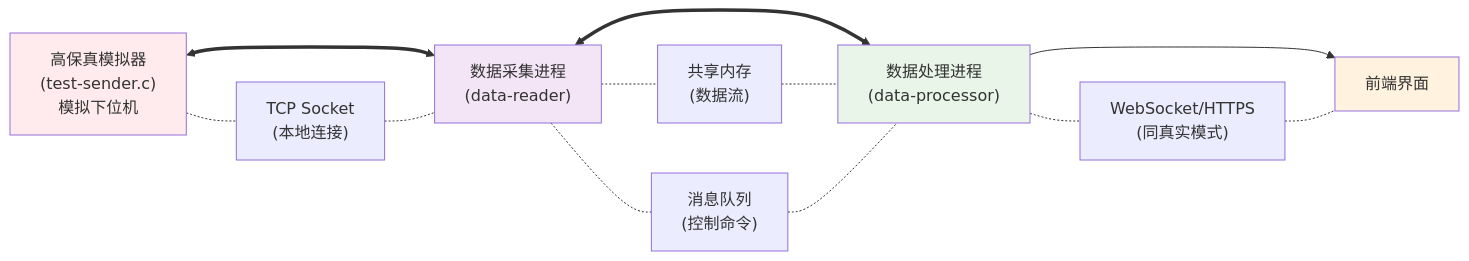
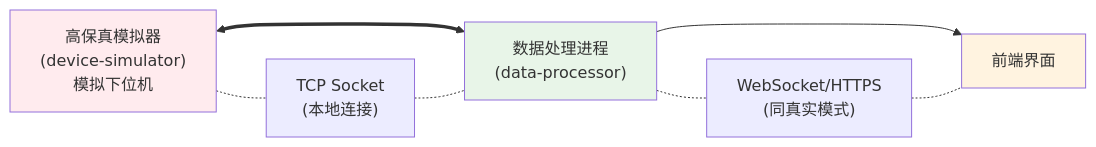
Before and after one commit to distri-data-recorder/data-recorder-backend: the second of 3 diagrams in doc/protocol_doc.md, drawn with Mermaid. The commit also changed other lines of this file and 1 other file, not shown here.

````diff
--- a/doc/protocol_doc.md
+++ b/doc/protocol_doc.md
@@ -42,28 +33,19 @@
 ```mermaid
 graph LR
-    A2["高保真模拟器<br/>(test-sender.c)<br/>模拟下位机"]
-    B2["数据采集进程<br/>(data-reader)"] 
-    C2["数据处理进程<br/>(data-processor)"]
-    D2["前端界面"]
+    A2["高保真模拟器<br/>(device-simulator)<br/>模拟下位机"]
+    B2["数据处理进程<br/>(data-processor)"] 
+    C2["前端界面"]
 
     A2 <==> B2
-    B2 <==> C2  
-    C2 --> D2
+    B2 --> C2
 
-    A2 -.- E2["TCP Socket<br/>(本地连接)"]
-    E2 -.- B2
+    A2 -.- D2["TCP Socket<br/>(本地连接)"]
+    D2 -.- B2
     
-    B2 -.- F2["共享内存<br/>(数据流)"]
-    F2 -.- C2
-    
-    B2 -.- G2["消息队列<br/>(控制命令)"]
-    G2 -.- C2
-    
-    C2 -.- H2["WebSocket/HTTPS<br/>(同真实模式)"] 
-    H2 -.- D2
+    B2 -.- E2["WebSocket/HTTPS<br/>(同真实模式)"] 
+    E2 -.- C2
 
     style A2 fill:#ffebee
-    style B2 fill:#f3e5f5
-    style C2 fill:#e8f5e8  
-    style D2 fill:#fff3e0
+    style B2 fill:#e8f5e8  
+    style C2 fill:#fff3e0
 ```
````
